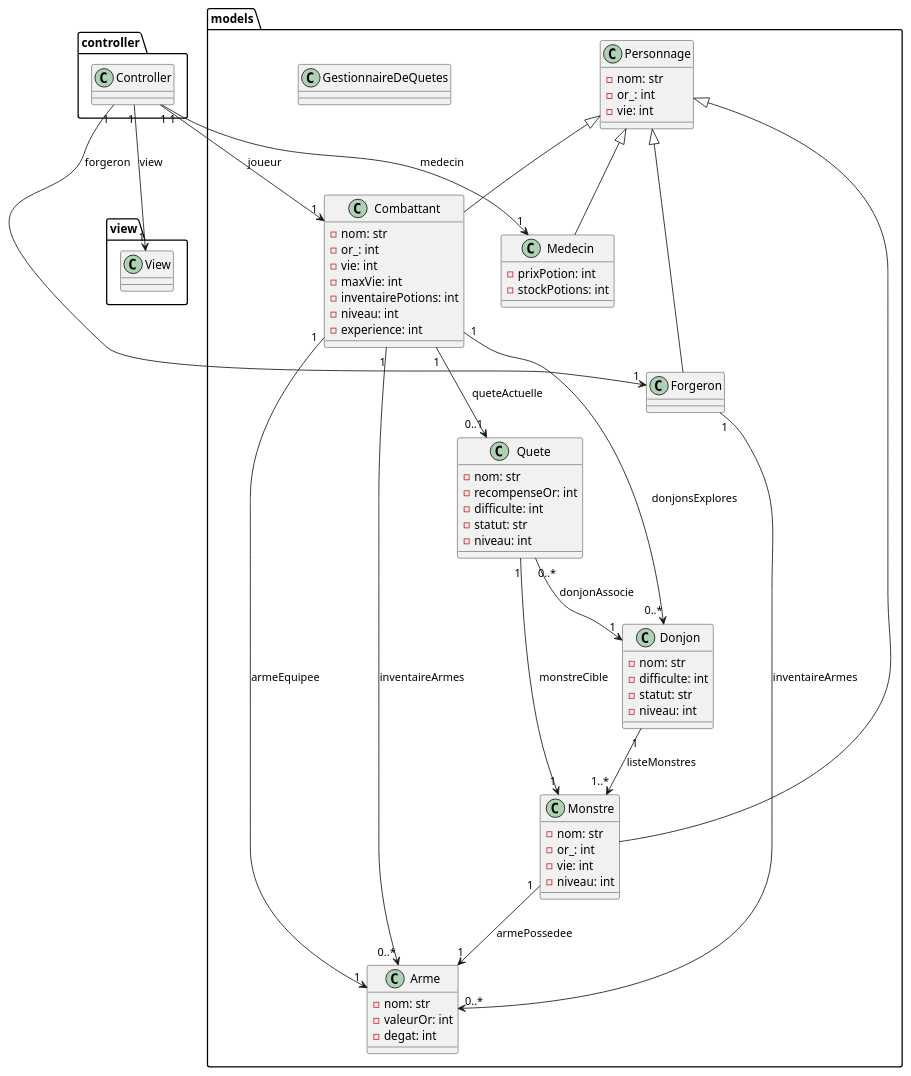
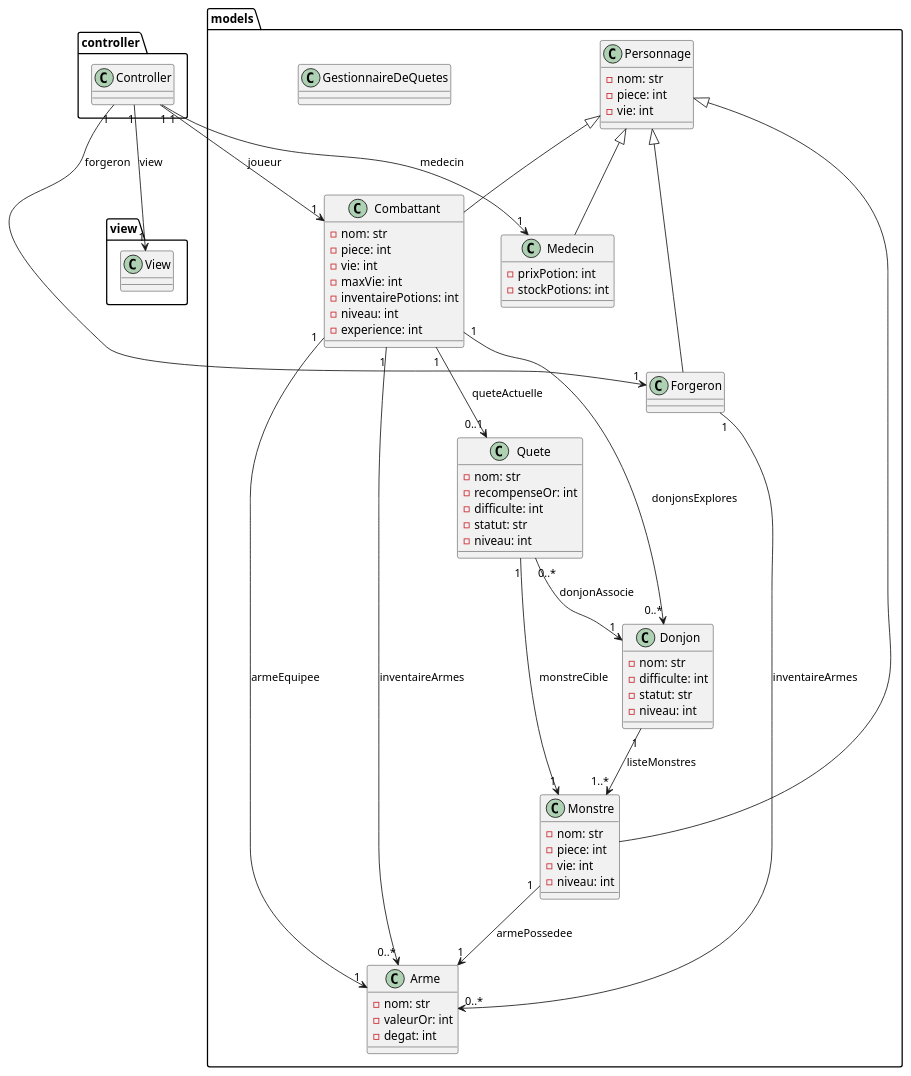
One commit to ThomasSanna/projet-POO-L3STI changed the diagram in PythQuest/infoPROJET/Diagramme_UML.plantuml. Above: the diagram before and after it, drawn with PlantUML. The commit also changed 12 other files, not shown here.

Commit message:
Correction des références à l'or en pièces dans les classes Combattant et Personnage, ajout de la création dynamique de quêtes après avoir vidé un donjon, et mise à jour du diagramme UML.

```diff
--- a/PythQuest/infoPROJET/Diagramme_UML.plantuml
+++ b/PythQuest/infoPROJET/Diagramme_UML.plantuml
@@ -1,94 +1,94 @@
 @startuml name
 
 package models {
     class Combattant {
         - nom: str
-        - or_: int
+        - piece: int
         - vie: int
         - maxVie: int
         - inventairePotions: int
         - niveau: int
         - experience: int
     }
 
     class Personnage {
         - nom: str
-        - or_: int
+        - piece: int
         - vie: int
     }
 
     class Arme {
         - nom: str
         - valeurOr: int
         - degat: int
     }
 
     class Quete {
         - nom: str
         - recompenseOr: int
         - difficulte: int
         - statut: str
         - niveau: int
     }
 
     class Donjon {
         - nom: str
         - difficulte: int
         - statut: str
         - niveau: int
     }
 
     class Monstre {
         - nom: str
-        - or_: int
+        - piece: int
         - vie: int
         - niveau: int
     }
 
     class Forgeron {
     }
 
     class Medecin {
         - prixPotion: int
         - stockPotions: int
     }
 
     class GestionnaireDeQuetes {
     }
 }
 
 package view {
     class View {
     }
 }
 
 package controller {
     class Controller {
     }
 }
 
 models.Personnage <|-- models.Combattant
 models.Personnage <|-- models.Forgeron
 models.Personnage <|-- models.Medecin
 models.Personnage <|-- models.Monstre
 
 models.Forgeron "1" --> "0..*" models.Arme : inventaireArmes
 
 models.Combattant "1" --> "1" models.Arme : armeEquipee
 models.Combattant "1" --> "0..1" models.Quete : queteActuelle
 models.Combattant "1" --> "0..*" models.Donjon : donjonsExplores
 models.Combattant "1" --> "0..*" models.Arme : inventaireArmes
 
 models.Quete "1" --> "1" models.Monstre : monstreCible
 models.Quete "0..*" --> "1" models.Donjon : donjonAssocie
 
 models.Donjon "1" --> "1..*" models.Monstre : listeMonstres
 
 models.Monstre "1" --> "1" models.Arme : armePossedee
 
 controller.Controller "1" --> "1" view.View : view
 controller.Controller "1" --> "1" models.Combattant : joueur
 controller.Controller "1" --> "1" models.Forgeron : forgeron
 controller.Controller "1" --> "1" models.Medecin : medecin
 
 @enduml
```
